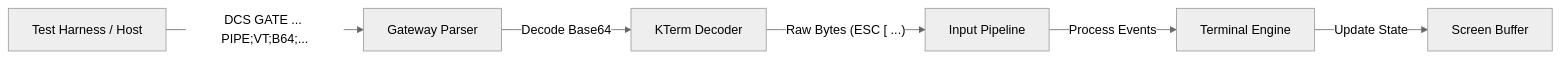
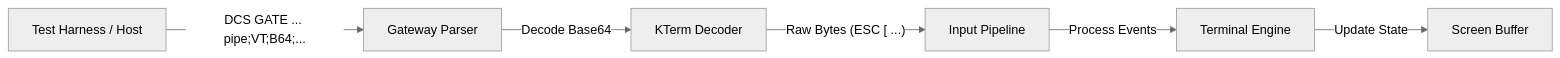
One commit to jmorel33/K-Term changed the third of 4 diagrams in doc/kterm.md. Above: the diagram before and after it, drawn with Mermaid (neutral theme). The commit also changed other lines of this file and 5 other files, not shown here.

````diff
--- a/doc/kterm.md
+++ b/doc/kterm.md
@@ -1335,8 +1336,8 @@
 ```mermaid
 graph LR
-    TestHarness["Test Harness / Host"] -->|"DCS GATE ... PIPE;VT;B64;..."| Parser["Gateway Parser"]
+    TestHarness["Test Harness / Host"] -->|"DCS GATE ... pipe;VT;B64;..."| Parser["Gateway Parser"]
     Parser -->|"Decode Base64"| Decoder["KTerm Decoder"]
     Decoder -->|"Raw Bytes (ESC [ ...)"| Pipeline["Input Pipeline"]
     Pipeline -->|"Process Events"| Engine["Terminal Engine"]
     Engine -->|"Update State"| Screen["Screen Buffer"]
 ```
````
